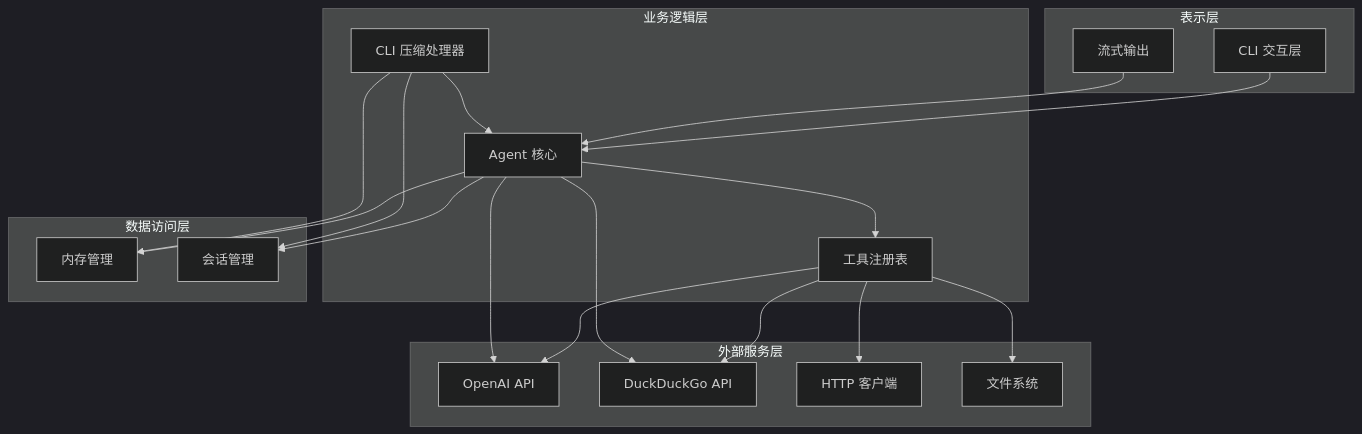
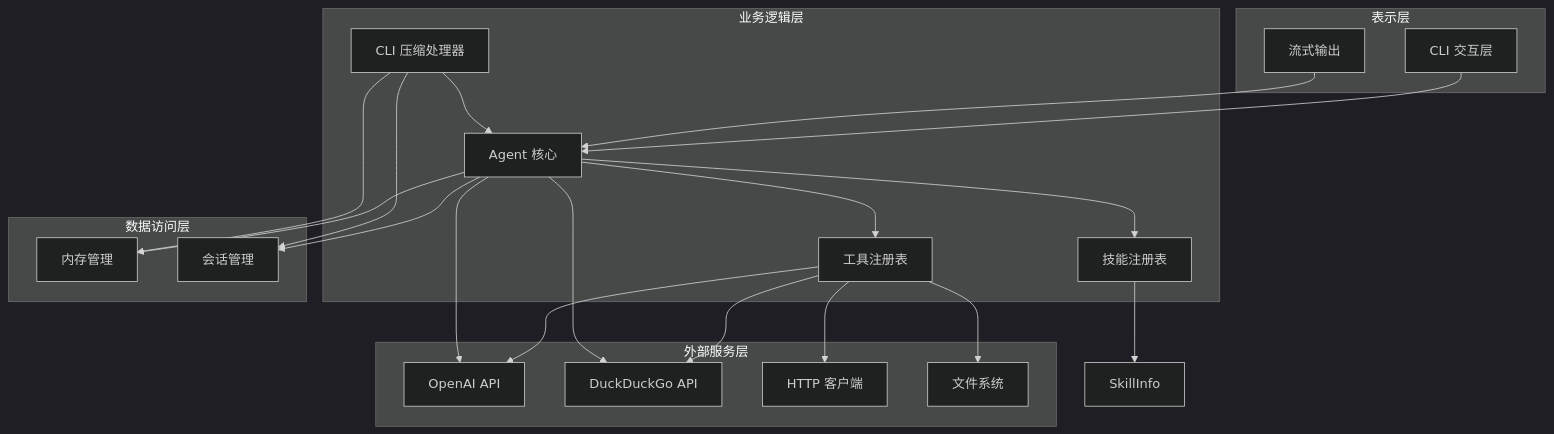
Before and after one commit to 250shiwo/MySmallAgent: the second of 7 diagrams in .qoder/repowiki/zh/content/扩展开发/集成测试.md, drawn with Mermaid (dark theme). The commit also changed other lines of this file and 31 other files, not shown here.

````diff
--- a/.qoder/repowiki/zh/content/扩展开发/集成测试.md
+++ b/.qoder/repowiki/zh/content/扩展开发/集成测试.md
@@ -223,36 +278,39 @@
 ```mermaid
 graph TB
 subgraph "表示层"
 CLI[CLI 交互层]
 Stream[流式输出]
 end
 subgraph "业务逻辑层"
 Agent[Agent 核心]
 ToolRegistry[工具注册表]
+SkillRegistry[技能注册表]
 CLIHandler[CLI 压缩处理器]
 end
 subgraph "数据访问层"
 Memory[内存管理]
 Session[会话管理]
 end
 subgraph "外部服务层"
 OpenAI[OpenAI API]
 DuckDuckGo[DuckDuckGo API]
 HTTP[HTTP 客户端]
 FS[文件系统]
 end
 CLI --> Agent
 Stream --> Agent
 Agent --> ToolRegistry
 Agent --> Memory
 Agent --> Session
+Agent --> SkillRegistry
 ToolRegistry --> OpenAI
 ToolRegistry --> DuckDuckGo
 ToolRegistry --> HTTP
 ToolRegistry --> FS
+SkillRegistry --> SkillInfo
 CLIHandler --> Agent
 CLIHandler --> Memory
 CLIHandler --> Session
 Agent --> OpenAI
 Agent --> DuckDuckGo
 ```
````
